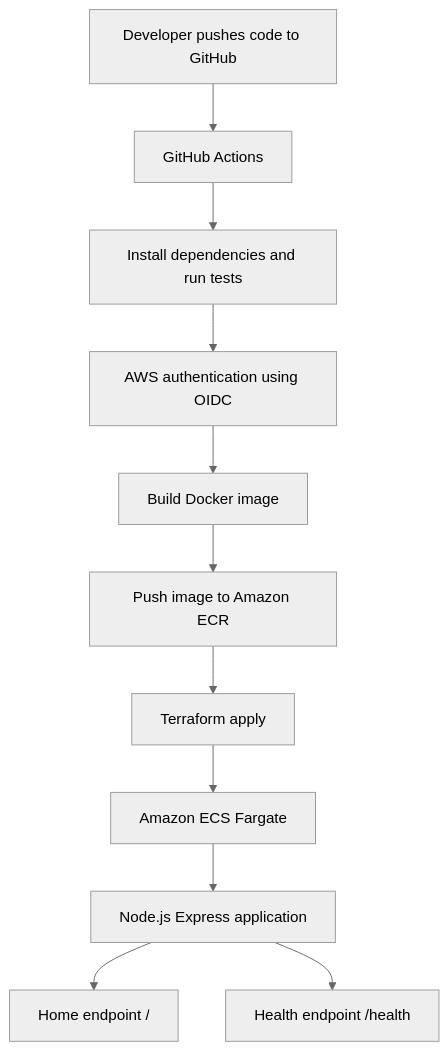
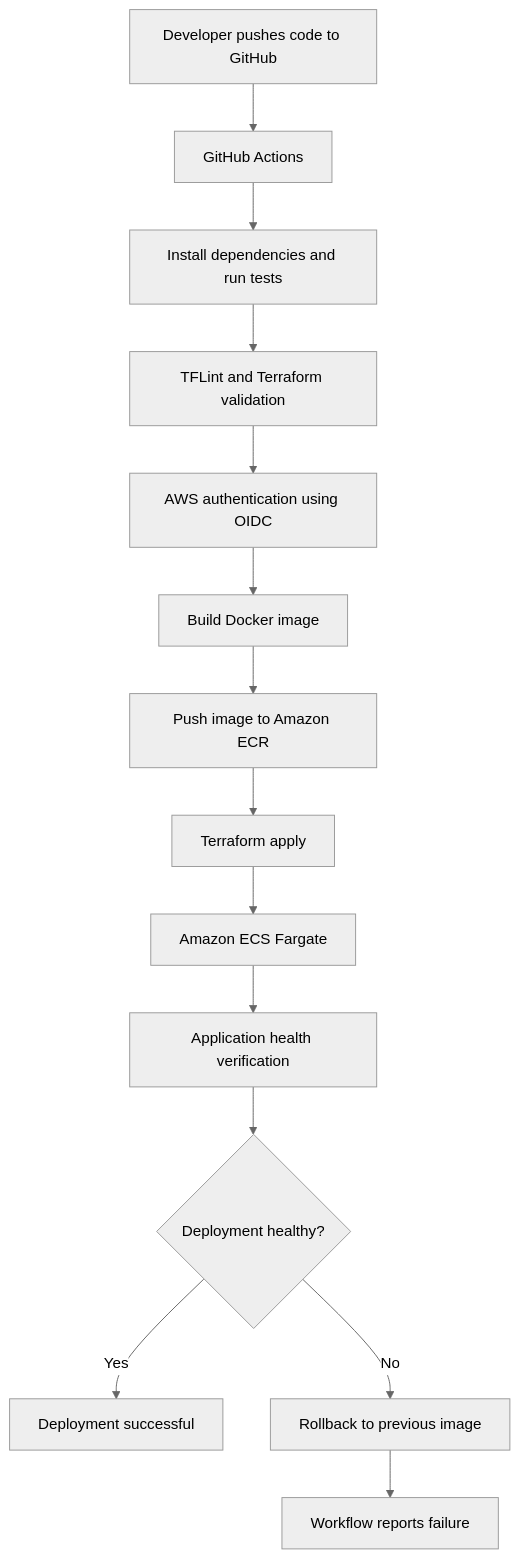
Before and after one commit to khanfaizan1515/infra-as-code-pipeline: the diagram in README.md, drawn with Mermaid (neutral theme). The commit also changed other lines of this file, not shown here.

Commit message:
docs: document zero-touch ECS deployment pipeline

````diff
--- a/README.md
+++ b/README.md
@@ -8,19 +11,22 @@
 ```mermaid
 flowchart TD
     A[Developer pushes code to GitHub]
     B[GitHub Actions]
     C[Install dependencies and run tests]
-    D[AWS authentication using OIDC]
-    E[Build Docker image]
-    F[Push image to Amazon ECR]
-    G[Terraform apply]
-    H[Amazon ECS Fargate]
-    I[Node.js Express application]
-    J[Home endpoint /]
-    K[Health endpoint /health]
+    D[TFLint and Terraform validation]
+    E[AWS authentication using OIDC]
+    F[Build Docker image]
+    G[Push image to Amazon ECR]
+    H[Terraform apply]
+    I[Amazon ECS Fargate]
+    J[Application health verification]
+    K{Deployment healthy?}
+    L[Deployment successful]
+    M[Rollback to previous image]
+    N[Workflow reports failure]
 
     A --> B --> C --> D --> E --> F --> G --> H
-    H --> I
-    I --> J
-    I --> K
+    H --> I --> J --> K
+    K -->|Yes| L
+    K -->|No| M --> N
 ```
````
